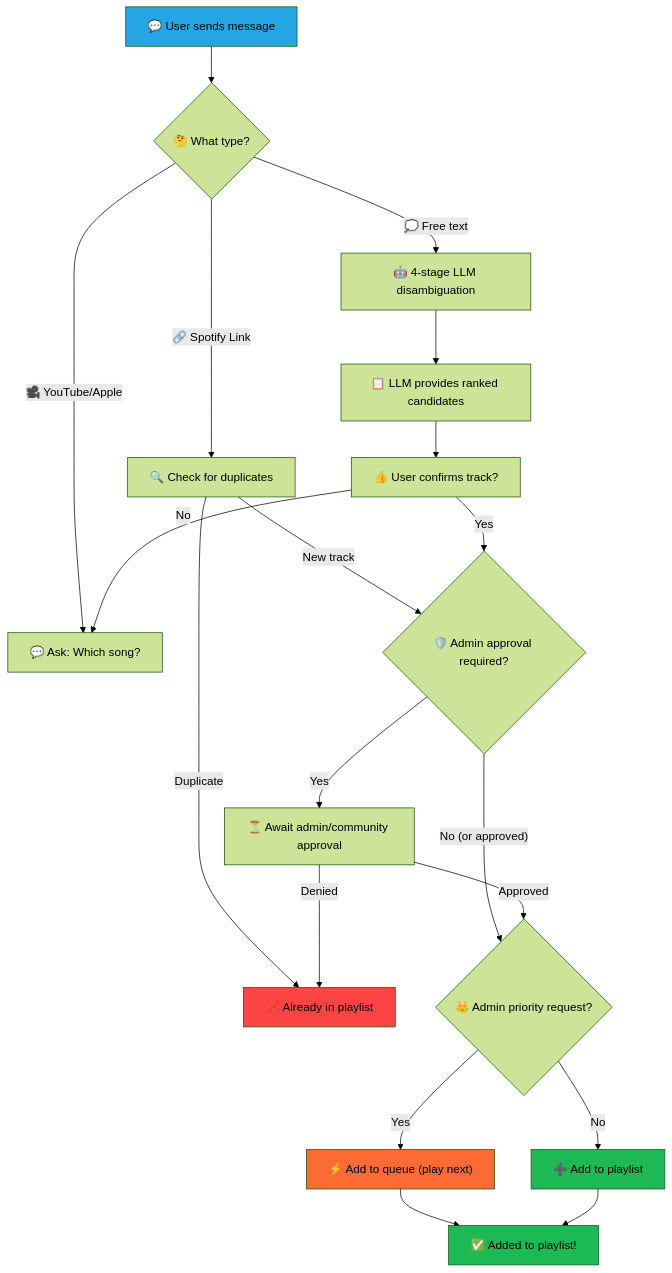
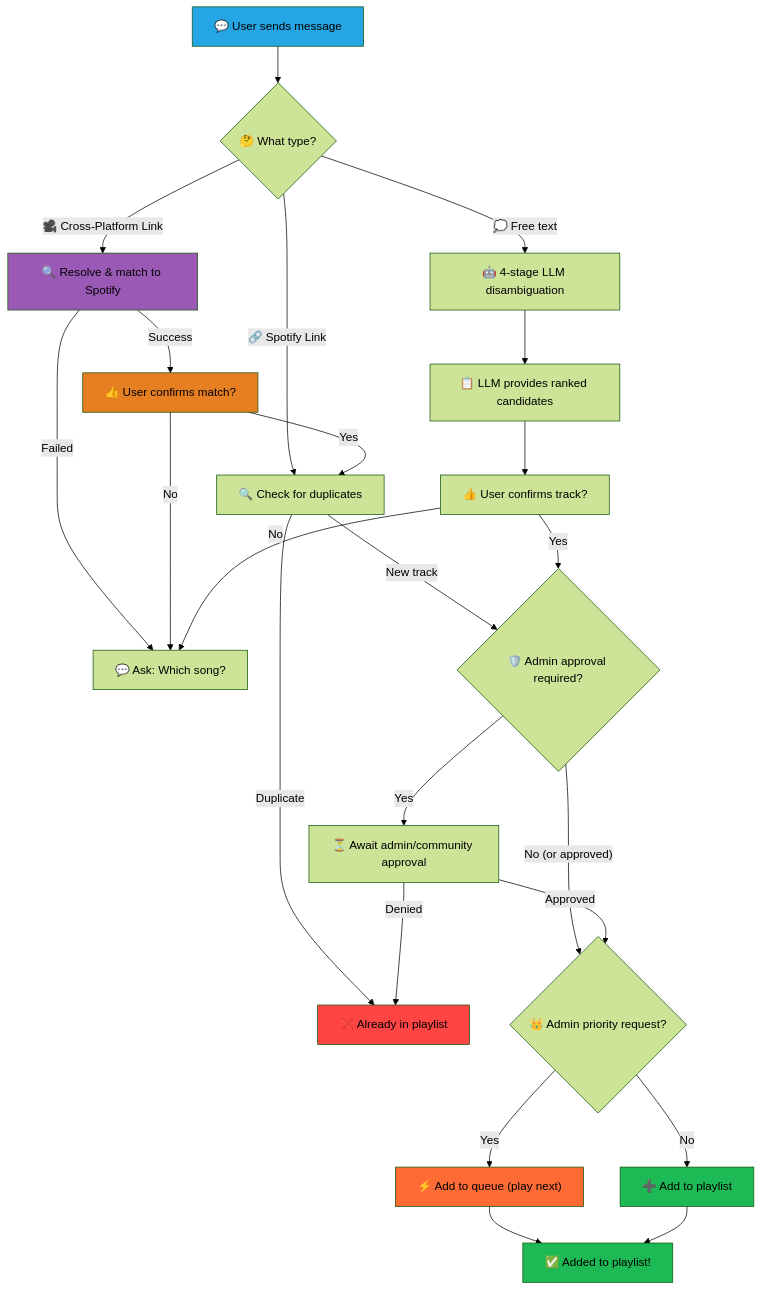
The diagram in README.md (Enteee/DJAlgoRhythm), drawn with Mermaid (forest theme) before and after one commit. The commit also changed other lines of this file and 2 other files, not shown here.

First line of the commit message:
fix: Improve Beatport link parsing and update README for cross-platform links

````diff
--- a/README.md
+++ b/README.md
@@ -325,33 +332,40 @@
 ```mermaid
 graph TD
     A["💬 User sends message"] --> B{"🤔 What type?"}
     B -->|"🔗 Spotify Link"| C1["🔍 Check for duplicates"]
-    B -->|"🎥 YouTube/Apple"| D["💬 Ask: Which song?"]
+    B -->|"🎥 Cross-Platform Link"| C3["🔍 Resolve & match to Spotify"]
     B -->|"💭 Free text"| E["🤖 4-stage LLM disambiguation"]
+
+    C3 -->|"Success"| C4["👍 User confirms match?"]
+    C3 -->|"Failed"| D["💬 Ask: Which song?"]
+    C4 -->|"Yes"| C1
+    C4 -->|"No"| D
 
     C1 -->|"New track"| C2{"🛡️ Admin approval required?"}
     C1 -->|"Duplicate"| REJECT["❌ Already in playlist"]
 
     E --> F["📋 LLM provides ranked candidates"]
     F --> G["👍 User confirms track?"]
     G -->|"Yes"| C2
     G -->|"No"| D
 
     C2 -->|"Yes"| ADMIN["⏳ Await admin/community approval"]
     C2 -->|"No (or approved)"| PRIORITY{"👑 Admin priority request?"}
 
     ADMIN -->|"Approved"| PRIORITY
     ADMIN -->|"Denied"| REJECT
 
     PRIORITY -->|"Yes"| QUEUE["⚡ Add to queue (play next)"]
     PRIORITY -->|"No"| PLAYLIST["➕ Add to playlist"]
 
     QUEUE --> J["✅ Priority track queued!"]
     PLAYLIST --> J["✅ Added to playlist!"]
 
     style PLAYLIST fill:#1DB954
     style QUEUE fill:#FF6B35
     style J fill:#1DB954
     style A fill:#26A5E4
     style REJECT fill:#FF4444
+    style C3 fill:#9B59B6
+    style C4 fill:#E67E22
 ```
````
